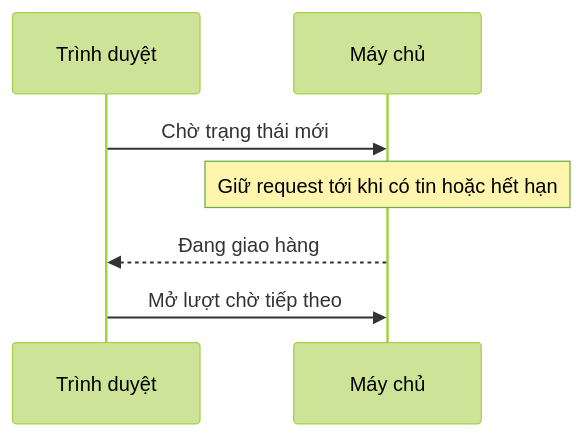
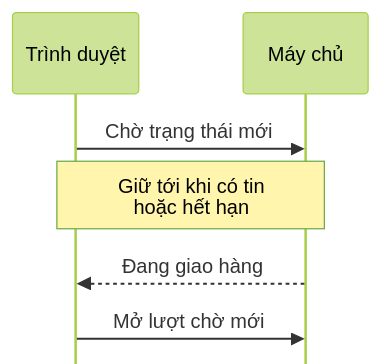
The second of 4 diagrams in brainstorm/system-design-101-vi/visual-prototype.md (vohoailinh90/Agentic-coding-course), drawn with Mermaid (forest theme) before and after one commit. The commit also changed other lines of this file and 4 other files, not shown here.

````diff
--- a/brainstorm/system-design-101-vi/visual-prototype.md
+++ b/brainstorm/system-design-101-vi/visual-prototype.md
@@ -25,9 +26,10 @@
 ```mermaid
+%%{init: {"sequence": {"width": 100, "actorMargin": 30, "messageMargin": 24, "mirrorActors": false}}}%%
 sequenceDiagram
     participant C as Trình duyệt
     participant S as Máy chủ
     C->>S: Chờ trạng thái mới
-    Note over S: Giữ request tới khi có tin hoặc hết hạn
+    Note over C,S: Giữ tới khi có tin<br/>hoặc hết hạn
     S-->>C: Đang giao hàng
-    C->>S: Mở lượt chờ tiếp theo
+    C->>S: Mở lượt chờ mới
 ```
````
